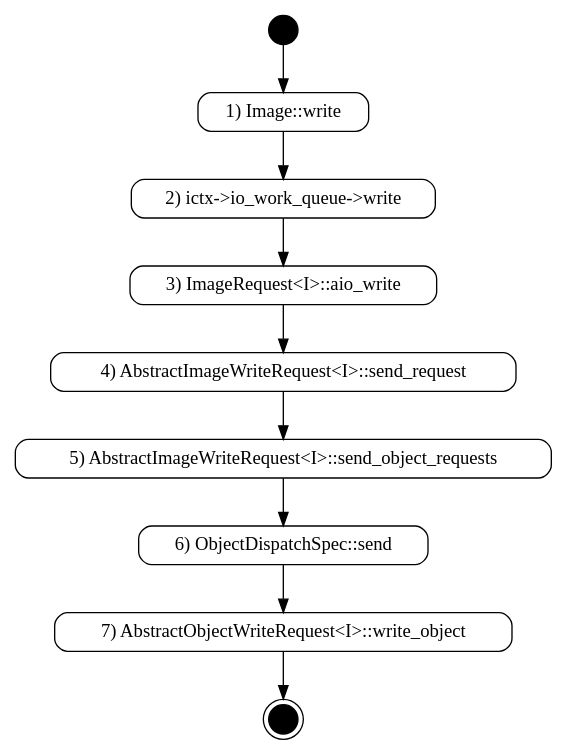
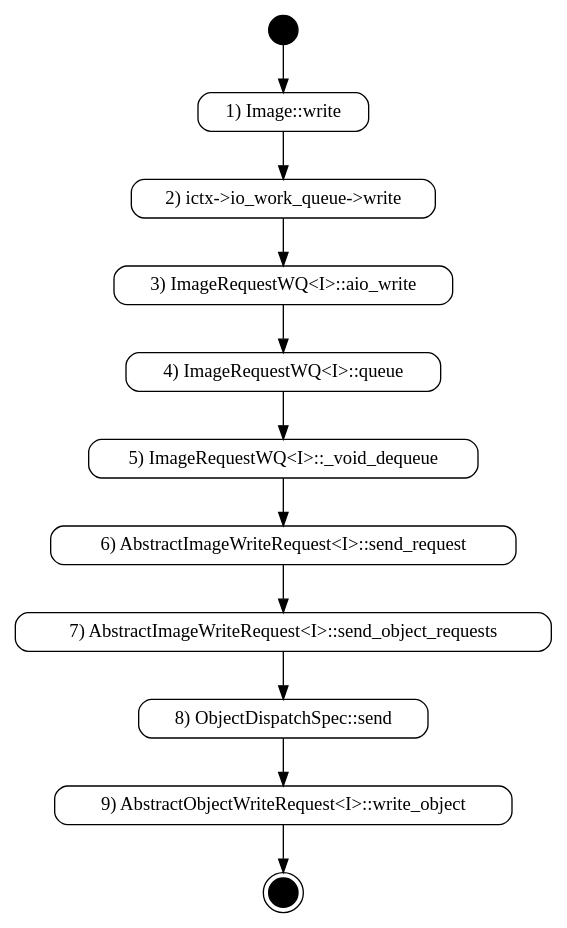
Before and after one commit to yaozongyou/hello: the diagram in images/rbd_write_flow.dot, drawn with Graphviz. The commit also changed 1 other file, not shown here.

```diff
--- a/images/rbd_write_flow.dot
+++ b/images/rbd_write_flow.dot
@@ -1,45 +1,49 @@
 digraph g {
     node [
         shape=circle,
         style=filled,
         color="#000000",
         fixedsize=true
         width=0.30
         height=0.30
     ];
     
     start [ label="" ];
    
     node [
         shape=doublecircle,
         style=filled,
         color="#000000"
         fixedsize=true
         width=0.3
         height=0.3
     ];
     end   [ label="" ];
     
     node [
         shape=rectangle
         style="solid,rounded"
         fontname="Microsoft YaHei"
         fixedsize=false
         margin="0.20,0.10"
     ];
-    step1 [ label="1) Image::write" ];
-    step2 [ label="2) ictx->io_work_queue->write" ];
-    step3 [ label="3) ImageRequest<I>::aio_write" ];
-    step4 [ label="4) AbstractImageWriteRequest<I>::send_request" ];
-    step5 [ label="5) AbstractImageWriteRequest<I>::send_object_requests" ];
-    step6 [ label="6) ObjectDispatchSpec::send" ];
-    step7 [ label="7) AbstractObjectWriteRequest<I>::write_object" ];
-    start -> step1;
-    step1 -> step2;
-    step2 -> step3;
-    step3 -> step4;
-    step4 -> step5;
-    step5 -> step6;
+    step1 [ label="1) Image::write" ]
+    step2 [ label="2) ictx->io_work_queue->write" ]
+    step3 [ label="3) ImageRequestWQ<I>::aio_write" ]
+    step4 [ label="4) ImageRequestWQ<I>::queue" ]
+    step5 [ label="5) ImageRequestWQ<I>::_void_dequeue" ]
+    step6 [ label="6) AbstractImageWriteRequest<I>::send_request" ]
+    step7 [ label="7) AbstractImageWriteRequest<I>::send_object_requests" ]
+    step8 [ label="8) ObjectDispatchSpec::send" ]
+    step9 [ label="9) AbstractObjectWriteRequest<I>::write_object" ]
+    start -> step1
+    step1 -> step2
+    step2 -> step3
+    step3 -> step4
+    step4 -> step5
+    step5 -> step6
     step6 -> step7
-    step7 -> end;
+    step7 -> step8
+    step8 -> step9
+    step9 -> end
 }
```
